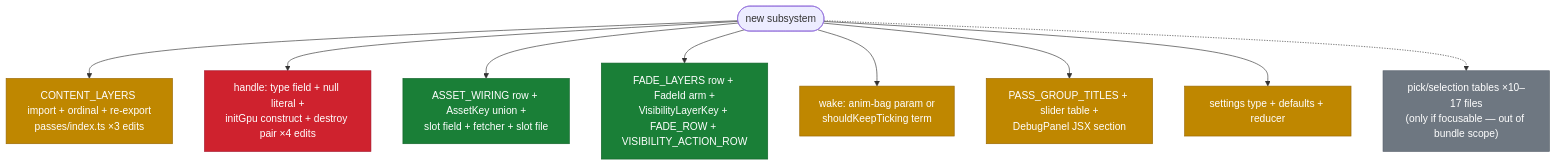
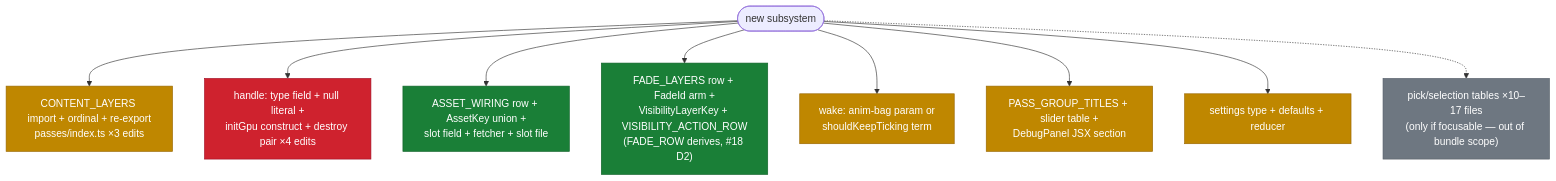
Before and after one commit to rulkens/skymap: the first of 5 diagrams in docs/research/engine/current-contracts-map.md, drawn with Mermaid. The commit also changed other lines of this file and 5 other files, not shown here.

````diff
--- a/docs/research/engine/current-contracts-map.md
+++ b/docs/research/engine/current-contracts-map.md
@@ -33,20 +33,20 @@
 ```mermaid
 flowchart TD
     NS(["new subsystem"])
     NS --> L["CONTENT_LAYERS import + ordinal + re-export<br/>passes/index.ts ×3 edits"]
     NS --> H["handle: type field + null literal +<br/>initGpu construct + destroy pair ×4 edits"]
     NS --> A["ASSET_WIRING row + AssetKey union +<br/>slot field + fetcher + slot file"]
-    NS --> F["FADE_LAYERS row + FadeId arm +<br/>VisibilityLayerKey + FADE_ROW + VISIBILITY_ACTION_ROW"]
+    NS --> F["FADE_LAYERS row + FadeId arm +<br/>VisibilityLayerKey + VISIBILITY_ACTION_ROW<br/>(FADE_ROW derives, #18 D2)"]
     NS --> W["wake: anim-bag param or<br/>shouldKeepTicking term"]
     NS --> D["PASS_GROUP_TITLES + slider table +<br/>DebugPanel JSX section"]
     NS --> S["settings type + defaults + reducer"]
     NS -.-> P["pick/selection tables ×10–17 files<br/>(only if focusable — out of bundle scope)"]
     classDef good fill:#1a7f37,stroke:#116329,color:#ffffff
     classDef warn fill:#bf8700,stroke:#9a6700,color:#ffffff
     classDef bad fill:#cf222e,stroke:#a40e26,color:#ffffff
     classDef out fill:#6e7781,stroke:#57606a,color:#ffffff
     class A,F good
     class L,W,D,S warn
     class H bad
     class P out
 ```
````
